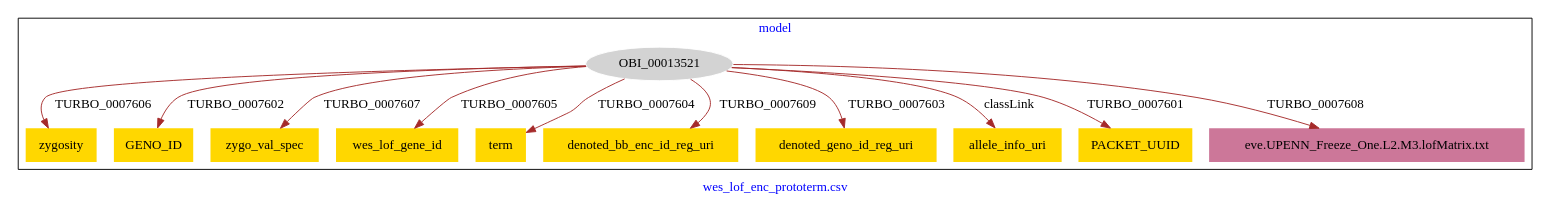
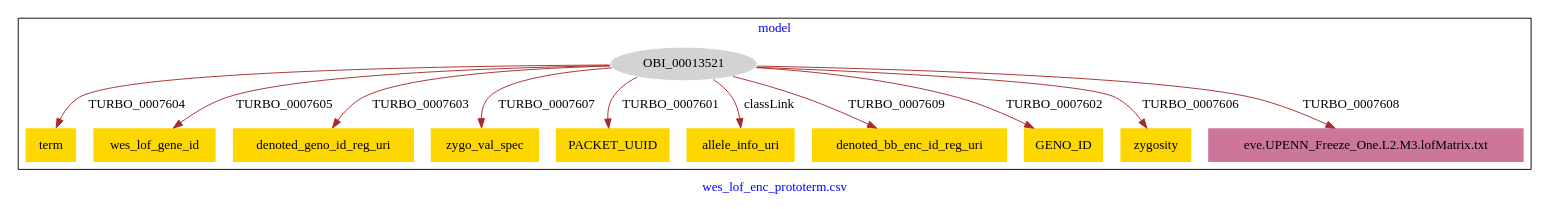
The diagram in karma_models/wes_lof_enc_prototerm_shortcuts-model.dot (PennTURBO/turbo-ontology), drawn with Graphviz before and after one commit.

Commit message:
Update file wes_lof_enc_prototerm_shortcuts-model.dot

```diff
--- a/karma_models/wes_lof_enc_prototerm_shortcuts-model.dot
+++ b/karma_models/wes_lof_enc_prototerm_shortcuts-model.dot
@@ -1,29 +1,29 @@
 digraph n0 {
 fontcolor="blue"
 remincross="true"
 label="wes_lof_enc_prototerm.csv"
 subgraph cluster {
 label="model"
 n2[style="filled",color="white",fillcolor="lightgray",label="OBI_00013521"];
-n3[shape="plaintext",style="filled",fillcolor="gold",label="zygosity"];
-n4[shape="plaintext",style="filled",fillcolor="gold",label="GENO_ID"];
-n5[shape="plaintext",style="filled",fillcolor="gold",label="zygo_val_spec"];
-n6[shape="plaintext",style="filled",fillcolor="gold",label="wes_lof_gene_id"];
-n7[shape="plaintext",style="filled",fillcolor="gold",label="term"];
-n8[shape="plaintext",style="filled",fillcolor="gold",label="denoted_bb_enc_id_reg_uri"];
-n9[shape="plaintext",style="filled",fillcolor="gold",label="denoted_geno_id_reg_uri"];
-n10[shape="plaintext",style="filled",fillcolor="gold",label="allele_info_uri"];
-n11[shape="plaintext",style="filled",fillcolor="gold",label="PACKET_UUID"];
+n3[shape="plaintext",style="filled",fillcolor="gold",label="term"];
+n4[shape="plaintext",style="filled",fillcolor="gold",label="wes_lof_gene_id"];
+n5[shape="plaintext",style="filled",fillcolor="gold",label="denoted_geno_id_reg_uri"];
+n6[shape="plaintext",style="filled",fillcolor="gold",label="zygo_val_spec"];
+n7[shape="plaintext",style="filled",fillcolor="gold",label="PACKET_UUID"];
+n8[shape="plaintext",style="filled",fillcolor="gold",label="allele_info_uri"];
+n9[shape="plaintext",style="filled",fillcolor="gold",label="denoted_bb_enc_id_reg_uri"];
+n10[shape="plaintext",style="filled",fillcolor="gold",label="GENO_ID"];
+n11[shape="plaintext",style="filled",fillcolor="gold",label="zygosity"];
 n12[shape="plaintext",style="filled",fillcolor="#CC7799",label="eve.UPENN_Freeze_One.L2.M3.lofMatrix.txt"];
 }
-n2 -> n3[color="brown",fontcolor="black",label="TURBO_0007606"]
-n2 -> n4[color="brown",fontcolor="black",label="TURBO_0007602"]
-n2 -> n5[color="brown",fontcolor="black",label="TURBO_0007607"]
-n2 -> n6[color="brown",fontcolor="black",label="TURBO_0007605"]
-n2 -> n7[color="brown",fontcolor="black",label="TURBO_0007604"]
-n2 -> n8[color="brown",fontcolor="black",label="TURBO_0007609"]
-n2 -> n9[color="brown",fontcolor="black",label="TURBO_0007603"]
-n2 -> n10[color="brown",fontcolor="black",label="classLink"]
-n2 -> n11[color="brown",fontcolor="black",label="TURBO_0007601"]
+n2 -> n3[color="brown",fontcolor="black",label="TURBO_0007604"]
+n2 -> n4[color="brown",fontcolor="black",label="TURBO_0007605"]
+n2 -> n5[color="brown",fontcolor="black",label="TURBO_0007603"]
+n2 -> n6[color="brown",fontcolor="black",label="TURBO_0007607"]
+n2 -> n7[color="brown",fontcolor="black",label="TURBO_0007601"]
+n2 -> n8[color="brown",fontcolor="black",label="classLink"]
+n2 -> n9[color="brown",fontcolor="black",label="TURBO_0007609"]
+n2 -> n10[color="brown",fontcolor="black",label="TURBO_0007602"]
+n2 -> n11[color="brown",fontcolor="black",label="TURBO_0007606"]
 n2 -> n12[color="brown",fontcolor="black",label="TURBO_0007608"]
 }
```
